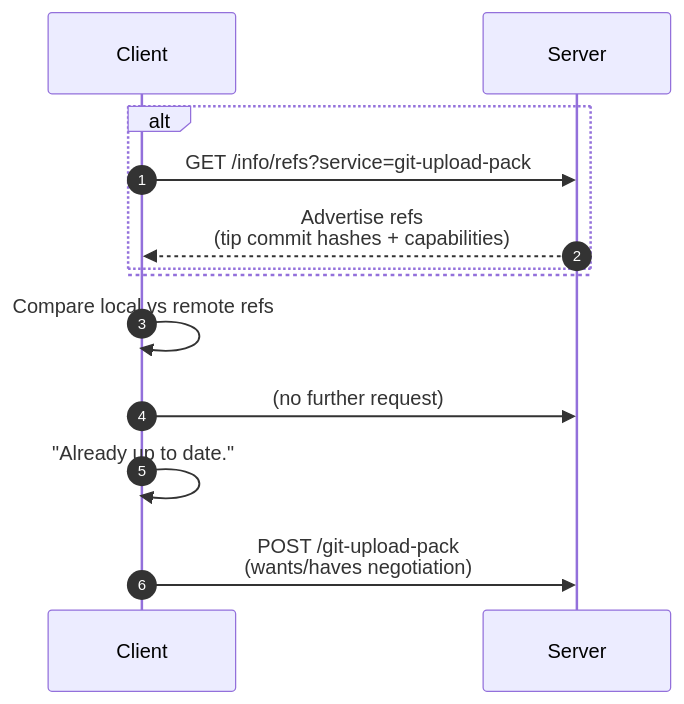
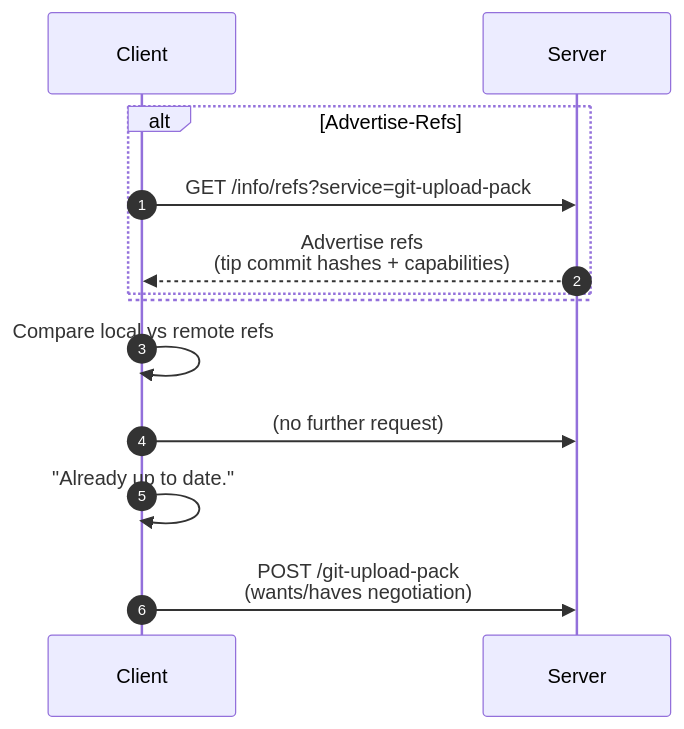
One commit to hrllk/hrllk.github.io changed the diagram in _posts/2025-11-11-Git-Adverties-Refs-Deep-Dive.md. Above: the diagram before and after it, drawn with Mermaid.

Commit message:
udpate post

````diff
--- a/_posts/2025-11-11-Git-Adverties-Refs-Deep-Dive.md
+++ b/_posts/2025-11-11-Git-Adverties-Refs-Deep-Dive.md
@@ -144,16 +144,16 @@
 ```mermaid
 sequenceDiagram
     autonumber
     participant Client
     participant Server
 
-    alt
+    alt Advertise-Refs
     Client->>Server: GET /info/refs?service=git-upload-pack
     Server-->>Client: Advertise refs<br>(tip commit hashes + capabilities)
     else
     end
     Client->>Client: Compare local vs remote refs
         Client->>Server: (no further request)
         Client->>Client: "Already up to date."
         Client->>Server: POST /git-upload-pack<br>(wants/haves negotiation)
 ```
````
